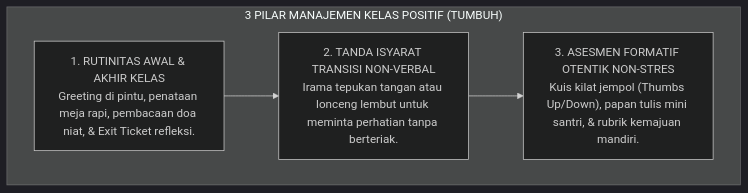
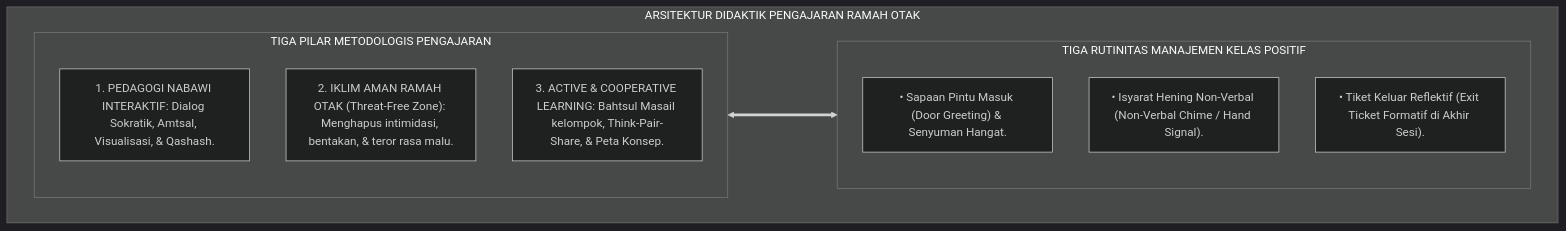
The second of 4 diagrams in 01 Philosophy/04 Education/P1-04-04-Didaktik-Pengajaran-dan-Manajemen-Kelas-Positif.md (wandiapriliyandi/tumbuh), drawn with Mermaid (dark theme) before and after one commit. The commit also changed other lines of this file and 7 other files, not shown here.

````diff
--- a/01 Philosophy/04 Education/P1-04-04-Didaktik-Pengajaran-dan-Manajemen-Kelas-Positif.md
+++ b/01 Philosophy/04 Education/P1-04-04-Didaktik-Pengajaran-dan-Manajemen-Kelas-Positif.md
@@ -214,12 +115,19 @@
 ```mermaid
 flowchart TD
-    subgraph ManajemenKelasPositif["3 PILAR MANAJEMEN KELAS POSITIF (TUMBUH)"]
-        R1["1. RUTINITAS AWAL & AKHIR KELAS<br/>Greeting di pintu, penataan meja rapi, pembacaan doa niat, & Exit Ticket refleksi."]
+    subgraph ArsitekturDidaktikTUMBUH["ARSITEKTUR DIDAKTIK PENGAJARAN RAMAH OTAK"]
         
-        R2["2. TANDA ISYARAT TRANSISI NON-VERBAL<br/>Irama tepukan tangan atau lonceng lembut untuk meminta perhatian tanpa berteriak."]
+        subgraph TigaPilarMetodologis["TIGA PILAR METODOLOGIS PENGAJARAN"]
+            D1["1. PEDAGOGI NABAWI INTERAKTIF: Dialog Sokratik, Amtsal, Visualisasi, & Qashash."]
+            D2["2. IKLIM AMAN RAMAH OTAK (Threat-Free Zone): Menghapus intimidasi, bentakan, & teror rasa malu."]
+            D3["3. ACTIVE & COOPERATIVE LEARNING: Bahtsul Masail kelompok, Think-Pair-Share, & Peta Konsep."]
+        end
         
-        R3["3. ASESMEN FORMATIF OTENTIK NON-STRES<br/>Kuis kilat jempol (Thumbs Up/Down), papan tulis mini santri, & rubrik kemajuan mandiri."]
+        subgraph TigaRutinitasManajemenKelas["TIGA RUTINITAS MANAJEMEN KELAS POSITIF"]
+            R1["• Sapaan Pintu Masuk (Door Greeting) & Senyuman Hangat."]
+            R2["• Isyarat Hening Non-Verbal (Non-Verbal Chime / Hand Signal)."]
+            R3["• Tiket Keluar Reflektif (Exit Ticket Formatif di Akhir Sesi)."]
+        end
         
-        R1 --> R2 --> R3
+        TigaPilarMetodologis <===> TigaRutinitasManajemenKelas
     end
 ```
````
